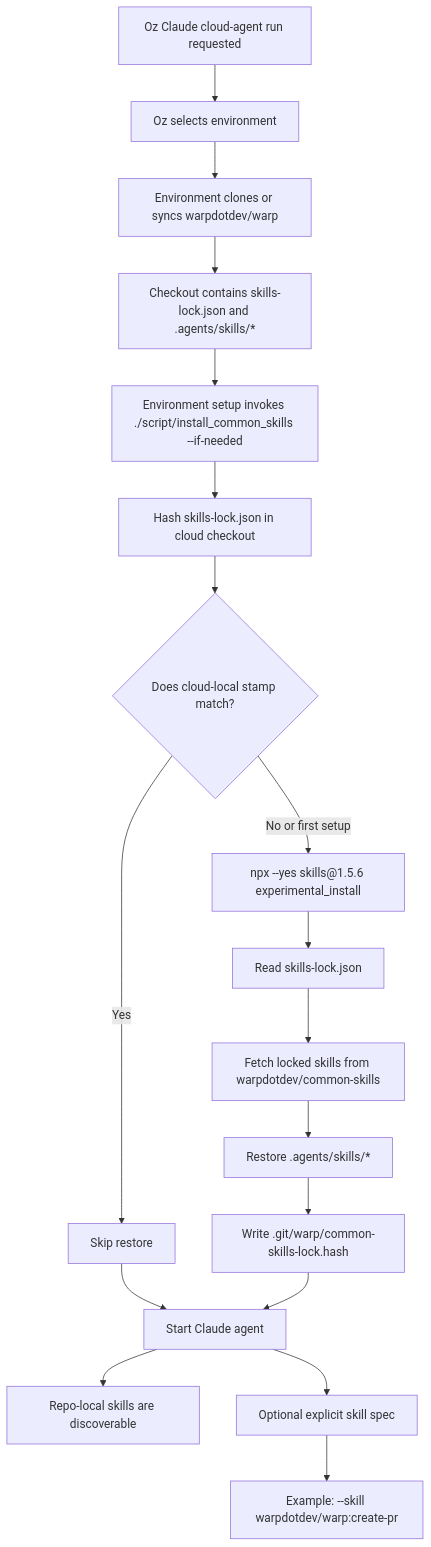
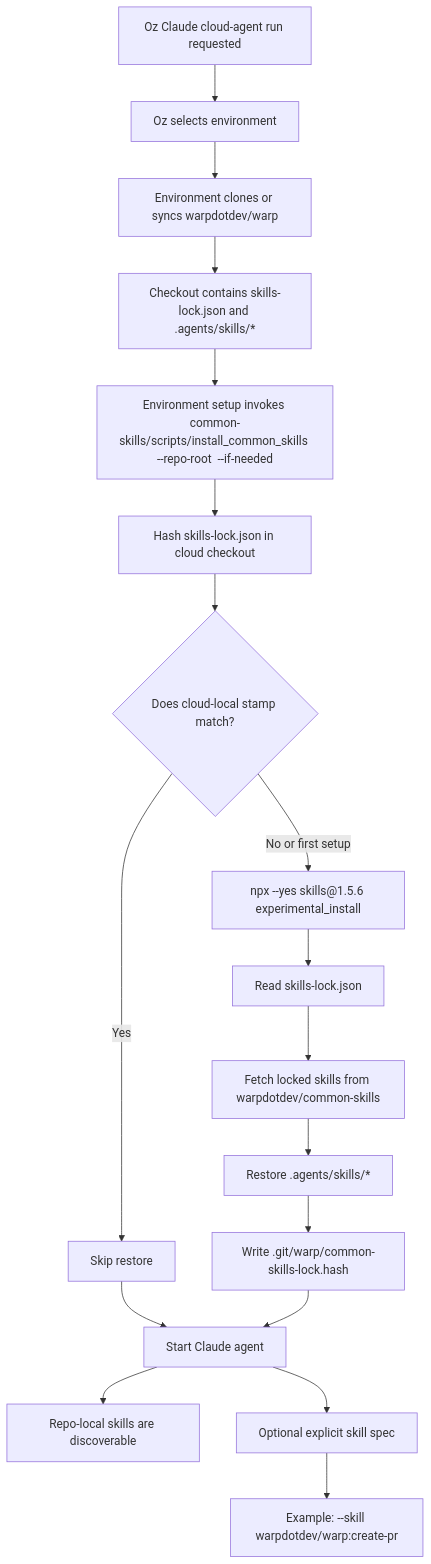
The second of 2 diagrams in specs/common-skills-installation/TECH.md (warpdotdev/Warp), drawn with Mermaid before and after one commit. The commit also changed other lines of this file and 7 other files, not shown here.

Commit message:
Use common-skills management scripts from common-skills repo

````diff
--- a/specs/common-skills-installation/TECH.md
+++ b/specs/common-skills-installation/TECH.md
@@ -41,23 +41,23 @@
 ```mermaid
 flowchart TD
   A["Oz Claude cloud-agent run requested"] --> B["Oz selects environment"]
   B --> C["Environment clones or syncs warpdotdev/warp"]
   C --> D["Checkout contains skills-lock.json and .agents/skills/*"]
 
-  D --> E["Environment setup invokes ./script/install_common_skills --if-needed"]
+  D --> E["Environment setup invokes common-skills/scripts/install_common_skills --repo-root <warp-checkout> --if-needed"]
   E --> F["Hash skills-lock.json in cloud checkout"]
   F --> G{"Does cloud-local stamp match?"}
 
   G -->|Yes| H["Skip restore"]
   G -->|No or first setup| I["npx --yes skills@1.5.6 experimental_install"]
   I --> J["Read skills-lock.json"]
   J --> K["Fetch locked skills from warpdotdev/common-skills"]
   K --> L["Restore .agents/skills/*"]
   L --> M["Write .git/warp/common-skills-lock.hash"]
 
   H --> N["Start Claude agent"]
   M --> N
   N --> O["Repo-local skills are discoverable"]
   N --> P["Optional explicit skill spec"]
   P --> Q["Example: --skill warpdotdev/warp:create-pr"]
 ```
````
